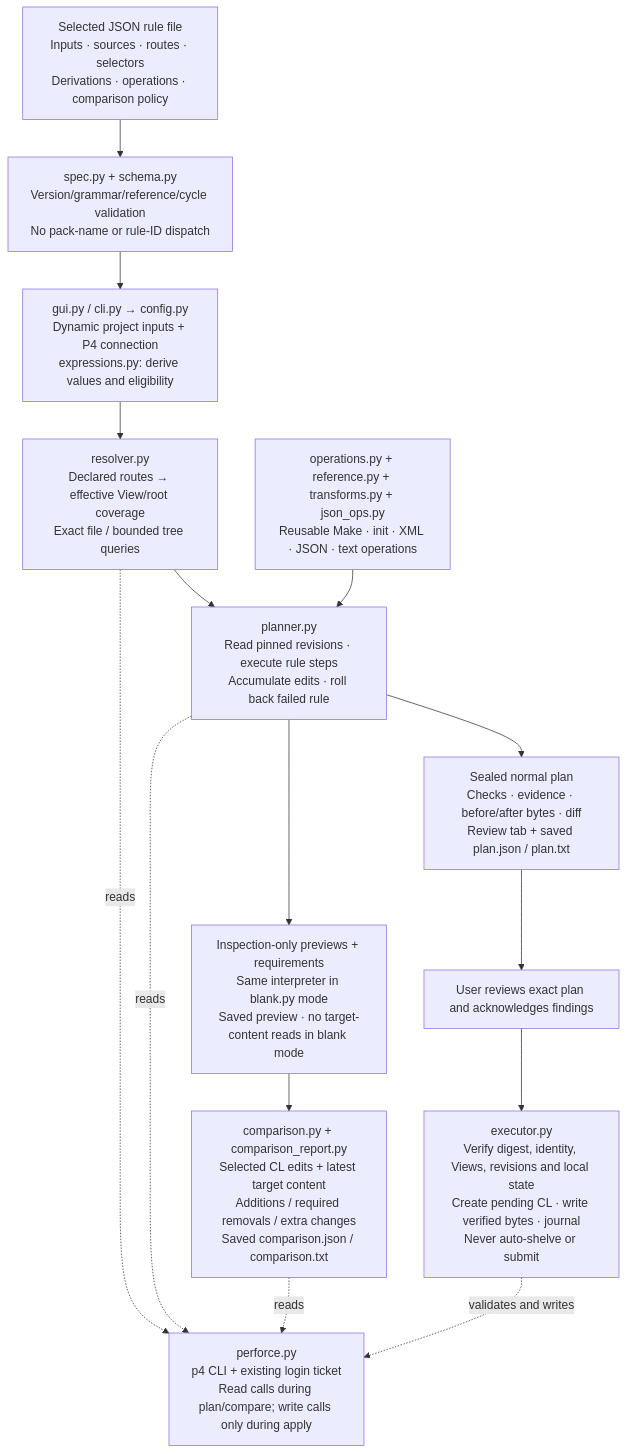
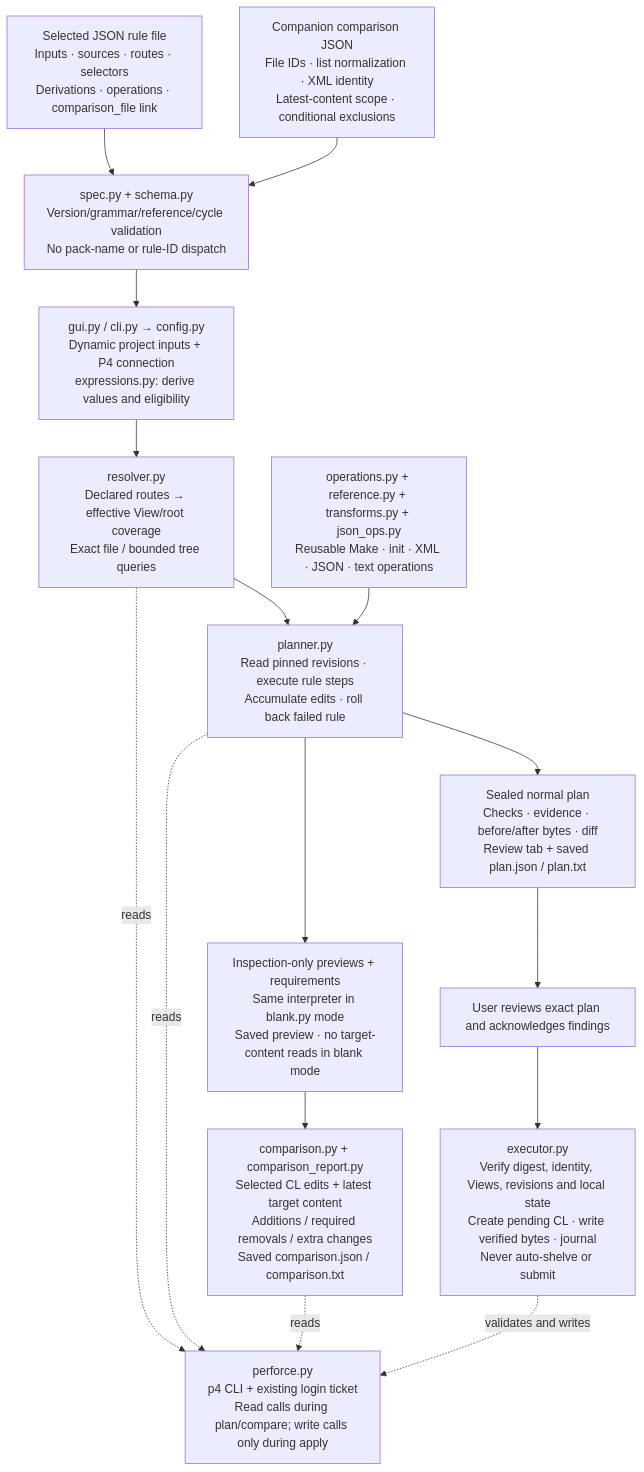
The diagram in docs/architecture.mmd (pranavbhole123/DeltaAutomationTool), drawn with Mermaid before and after one commit. The commit also changed 22 other files, not shown here.

Commit message:
Separate comparison policies into companion JSON configurations

```diff
--- a/docs/architecture.mmd
+++ b/docs/architecture.mmd
@@ -1,21 +1,23 @@
 flowchart TD
-    json["Selected JSON rule file<br/>Inputs · sources · routes · selectors<br/>Derivations · operations · comparison policy"]
+    json["Selected JSON rule file<br/>Inputs · sources · routes · selectors<br/>Derivations · operations · comparison_file link"]
+    policies["Companion comparison JSON<br/>File IDs · list normalization · XML identity<br/>Latest-content scope · conditional exclusions"]
     load["spec.py + schema.py<br/>Version/grammar/reference/cycle validation<br/>No pack-name or rule-ID dispatch"]
     inputs["gui.py / cli.py → config.py<br/>Dynamic project inputs + P4 connection<br/>expressions.py: derive values and eligibility"]
     resolve["resolver.py<br/>Declared routes → effective View/root coverage<br/>Exact file / bounded tree queries"]
     pure["operations.py + reference.py + transforms.py + json_ops.py<br/>Reusable Make · init · XML · JSON · text operations"]
     plan["planner.py<br/>Read pinned revisions · execute rule steps<br/>Accumulate edits · roll back failed rule"]
     output["Sealed normal plan<br/>Checks · evidence · before/after bytes · diff<br/>Review tab + saved plan.json / plan.txt"]
     preview["Inspection-only previews + requirements<br/>Same interpreter in blank.py mode<br/>Saved preview · no target-content reads in blank mode"]
     compare["comparison.py + comparison_report.py<br/>Selected CL edits + latest target content<br/>Additions / required removals / extra changes<br/>Saved comparison.json / comparison.txt"]
     approval["User reviews exact plan and acknowledges findings"]
     apply["executor.py<br/>Verify digest, identity, Views, revisions and local state<br/>Create pending CL · write verified bytes · journal<br/>Never auto-shelve or submit"]
     p4["perforce.py<br/>p4 CLI + existing login ticket<br/>Read calls during plan/compare; write calls only during apply"]
     json --> load --> inputs --> resolve --> plan
+    policies --> load
     pure --> plan
     plan --> output --> approval --> apply
     plan --> preview --> compare
     resolve -. reads .-> p4
     plan -. reads .-> p4
     compare -. reads .-> p4
     apply -. validates and writes .-> p4
```
